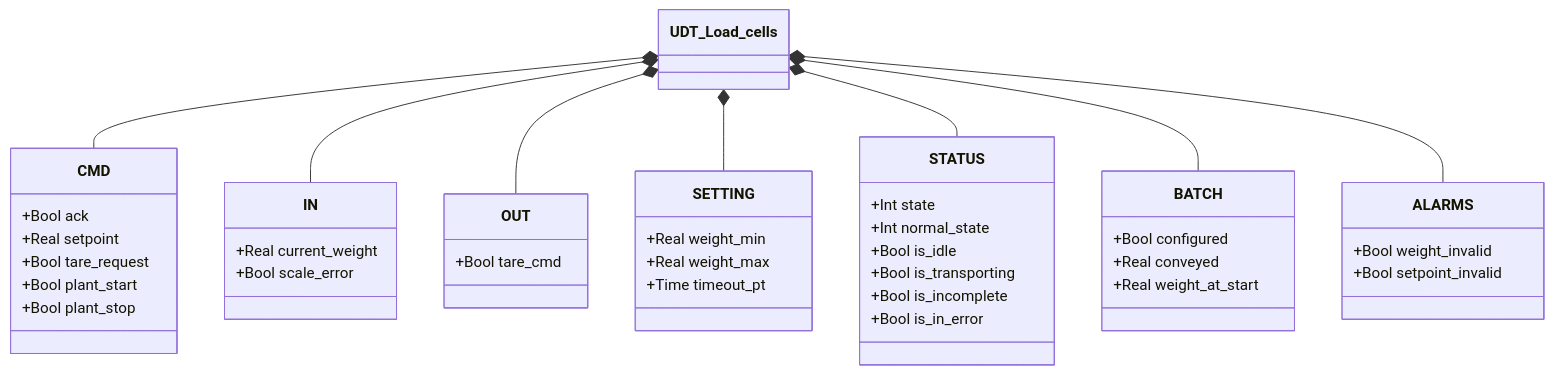
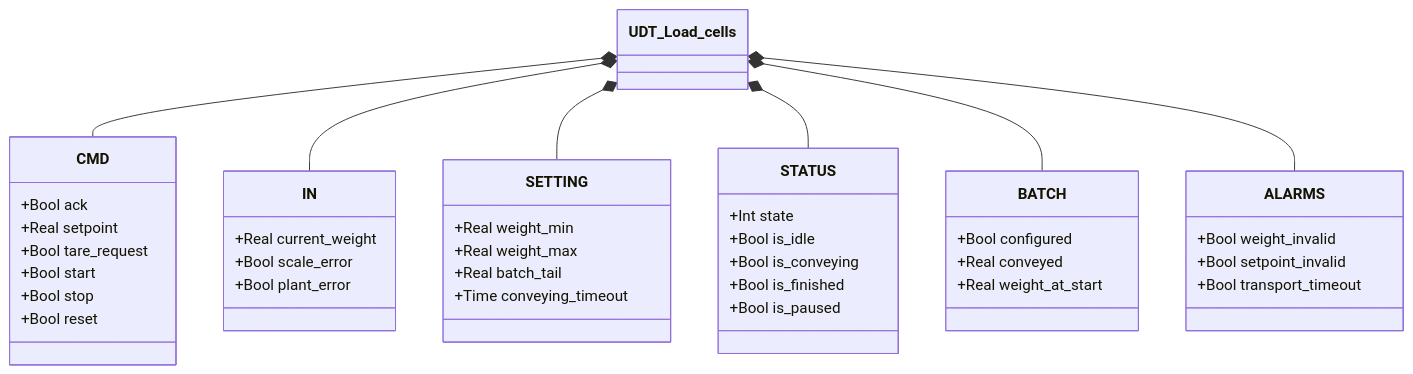
Before and after one commit to AleFire99/TIA_knowledge: the first of 2 diagrams in docs/library/load-cells/index.it.md, drawn with Mermaid. The commit also changed other lines of this file and 69 other files, not shown here.

````diff
--- a/docs/library/load-cells/index.it.md
+++ b/docs/library/load-cells/index.it.md
@@ -124,47 +123,46 @@
 ```mermaid
 classDiagram
     class UDT_Load_cells
     class CMD {
         +Bool ack
         +Real setpoint
         +Bool tare_request
-        +Bool plant_start
-        +Bool plant_stop
+        +Bool start
+        +Bool stop
+        +Bool reset
     }
     class IN {
         +Real current_weight
         +Bool scale_error
-    }
-    class OUT {
-        +Bool tare_cmd
+        +Bool plant_error
     }
     class SETTING {
         +Real weight_min
         +Real weight_max
-        +Time timeout_pt
+        +Real batch_tail
+        +Time conveying_timeout
     }
     class STATUS {
         +Int state
-        +Int normal_state
         +Bool is_idle
-        +Bool is_transporting
-        +Bool is_incomplete
-        +Bool is_in_error
+        +Bool is_conveying
+        +Bool is_finished
+        +Bool is_paused
     }
     class BATCH {
         +Bool configured
         +Real conveyed
         +Real weight_at_start
     }
     class ALARMS {
         +Bool weight_invalid
         +Bool setpoint_invalid
+        +Bool transport_timeout
     }
     UDT_Load_cells *-- CMD
     UDT_Load_cells *-- IN
-    UDT_Load_cells *-- OUT
     UDT_Load_cells *-- SETTING
     UDT_Load_cells *-- STATUS
     UDT_Load_cells *-- BATCH
     UDT_Load_cells *-- ALARMS
 ```
````
